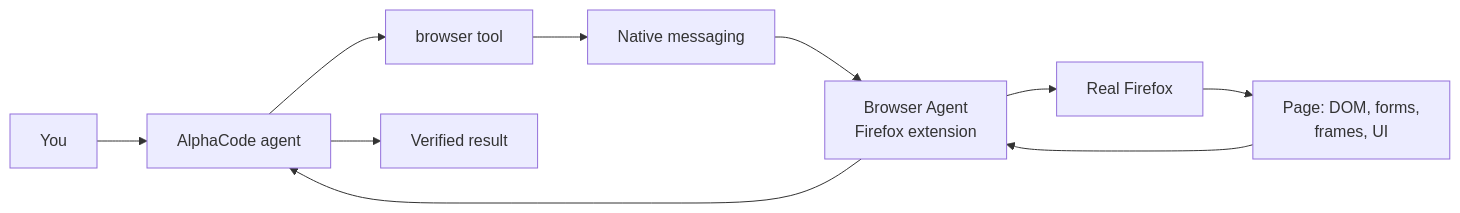
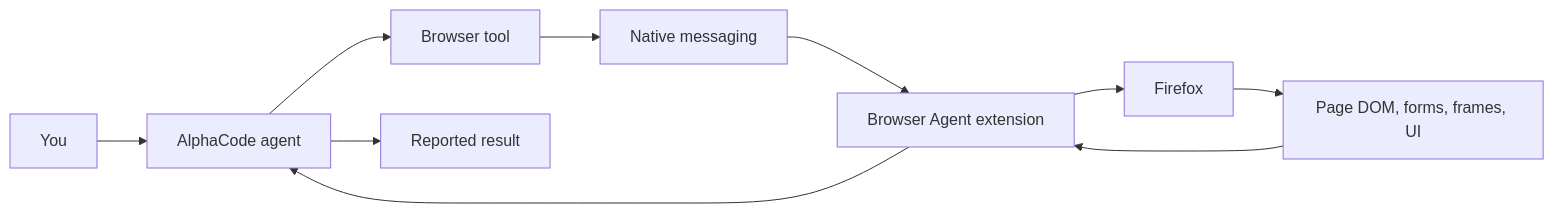
Before and after one commit to dragonked2/alphacode: the second of 3 diagrams in README.md, drawn with Mermaid. The commit also changed other lines of this file, not shown here.

````diff
--- a/README.md
+++ b/README.md
@@ -180,12 +188,12 @@
 ```mermaid
 flowchart LR
     U["You"] --> A["AlphaCode agent"]
-    A --> B["browser tool"]
+    A --> B["Browser tool"]
     B --> C["Native messaging"]
-    C --> D["Browser Agent<br/>Firefox extension"]
-    D --> F["Real Firefox"]
-    F --> G["Page: DOM, forms,<br/>frames, UI"]
+    C --> D["Browser Agent extension"]
+    D --> F["Firefox"]
+    F --> G["Page DOM, forms, frames, UI"]
     G --> D
     D --> A
-    A --> R["Verified result"]
+    A --> R["Reported result"]
 ```
````
